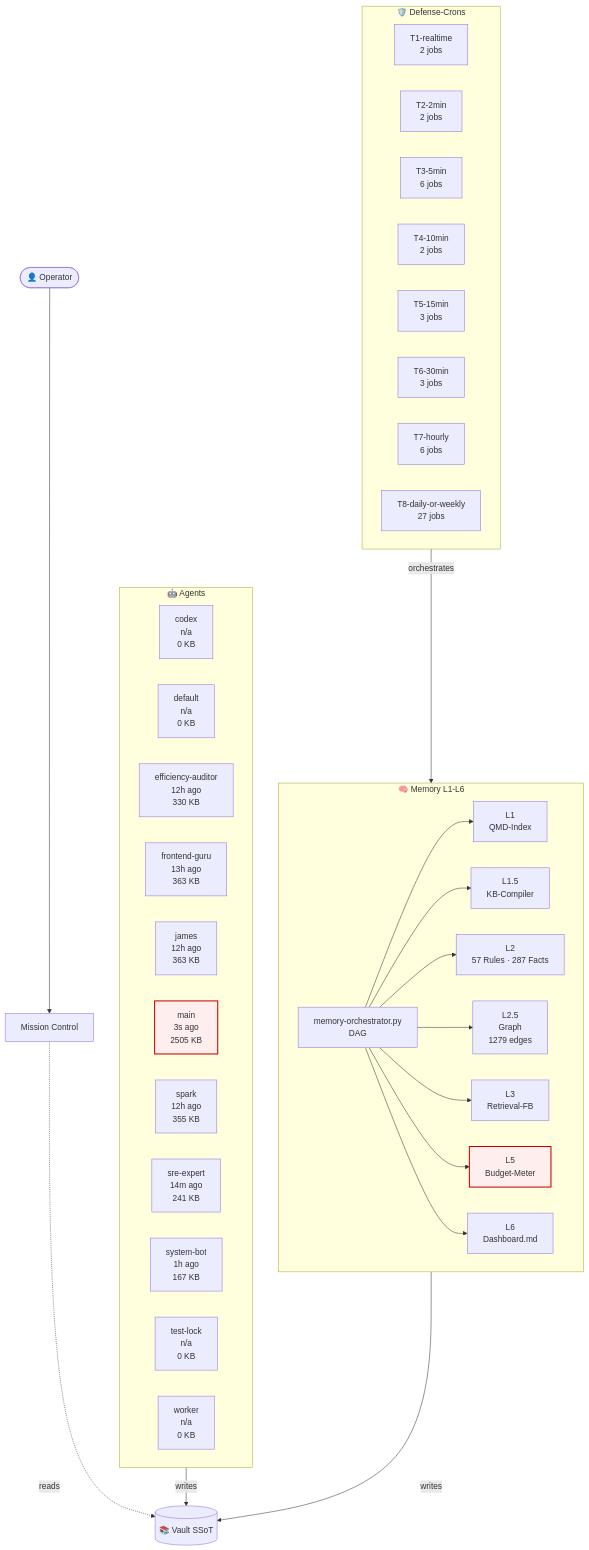
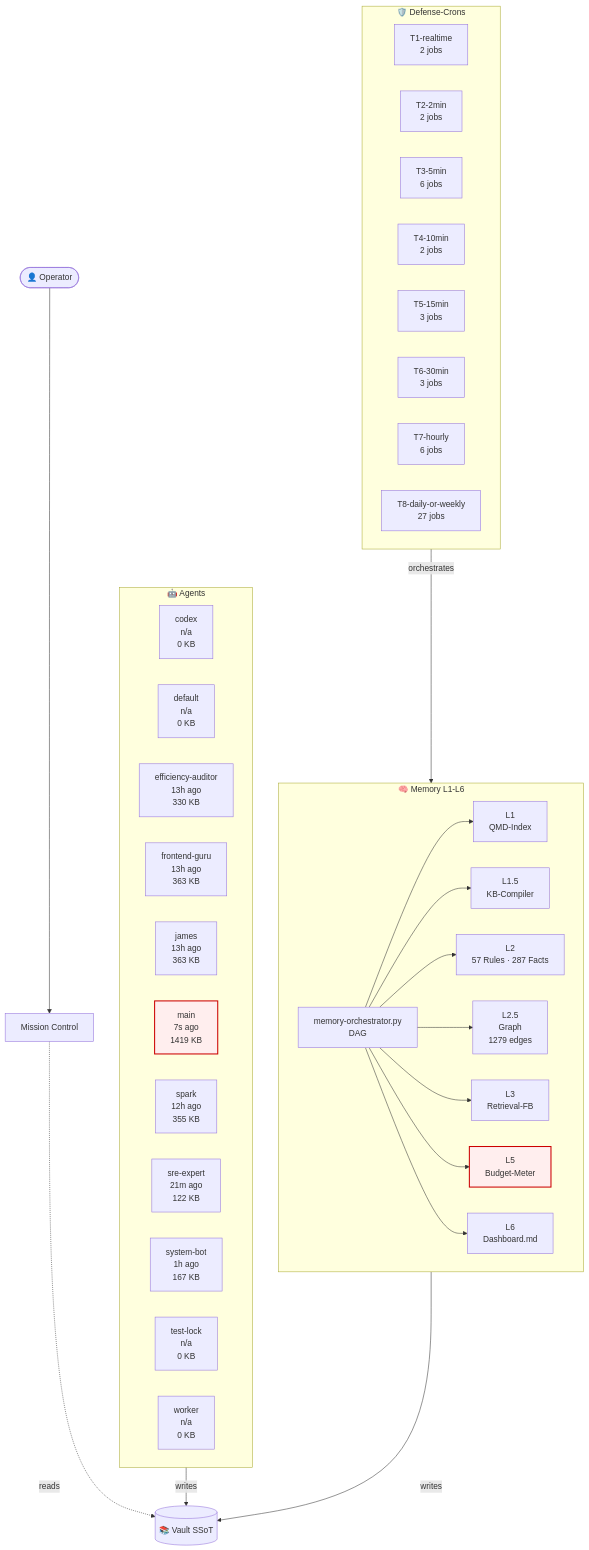
Before and after one commit to lenardhuebner88-rgb/openclaw-memory: the diagram in 03-Agents/architecture-live.md, drawn with Mermaid. The commit also changed other lines of this file and 2 other files, not shown here.

````diff
--- a/03-Agents/architecture-live.md
+++ b/03-Agents/architecture-live.md
@@ -18,54 +18,54 @@
 ```mermaid
 flowchart TB
     classDef critical fill:#fee,stroke:#c00,stroke-width:2px;
     subgraph AGT["🤖 Agents"]
         agent_codex["codex<br/>n/a<br/>0 KB"]
         agent_default["default<br/>n/a<br/>0 KB"]
-        agent_efficiency_auditor["efficiency-auditor<br/>12h ago<br/>330 KB"]
+        agent_efficiency_auditor["efficiency-auditor<br/>13h ago<br/>330 KB"]
         agent_frontend_guru["frontend-guru<br/>13h ago<br/>363 KB"]
-        agent_james["james<br/>12h ago<br/>363 KB"]
-        agent_main["main<br/>3s ago<br/>2505 KB"]
+        agent_james["james<br/>13h ago<br/>363 KB"]
+        agent_main["main<br/>7s ago<br/>1419 KB"]
         agent_spark["spark<br/>12h ago<br/>355 KB"]
-        agent_sre_expert["sre-expert<br/>14m ago<br/>241 KB"]
+        agent_sre_expert["sre-expert<br/>21m ago<br/>122 KB"]
         agent_system_bot["system-bot<br/>1h ago<br/>167 KB"]
         agent_test_lock["test-lock<br/>n/a<br/>0 KB"]
         agent_worker["worker<br/>n/a<br/>0 KB"]
     end
     subgraph MEM["🧠 Memory L1-L6"]
         L1["L1<br/>QMD-Index"]
         L15["L1.5<br/>KB-Compiler"]
         L2["L2<br/>57 Rules · 287 Facts"]
         L25["L2.5<br/>Graph<br/>1279 edges"]
         L3["L3<br/>Retrieval-FB"]
         L5["L5<br/>Budget-Meter"]
         L6["L6<br/>Dashboard.md"]
         ORCH["memory-orchestrator.py<br/>DAG"]
     end
     subgraph CRN["🛡️ Defense-Crons"]
         tier_T1_realtime["T1-realtime<br/>2 jobs"]
         tier_T2_2min["T2-2min<br/>2 jobs"]
         tier_T3_5min["T3-5min<br/>6 jobs"]
         tier_T4_10min["T4-10min<br/>2 jobs"]
         tier_T5_15min["T5-15min<br/>3 jobs"]
         tier_T6_30min["T6-30min<br/>3 jobs"]
         tier_T7_hourly["T7-hourly<br/>6 jobs"]
         tier_T8_daily_or_weekly["T8-daily-or-weekly<br/>27 jobs"]
     end
     VAULT[("📚 Vault SSoT")]
     OP([👤 Operator])
     MC["Mission Control"]
     OP --> MC
     MC -.reads.-> VAULT
     AGT -->|writes| VAULT
     MEM -->|writes| VAULT
     ORCH --> L1
     ORCH --> L15
     ORCH --> L2
     ORCH --> L25
     ORCH --> L3
     ORCH --> L5
     ORCH --> L6
     CRN -->|orchestrates| MEM
     class L5 critical
     class agent_main critical
 ```
````
